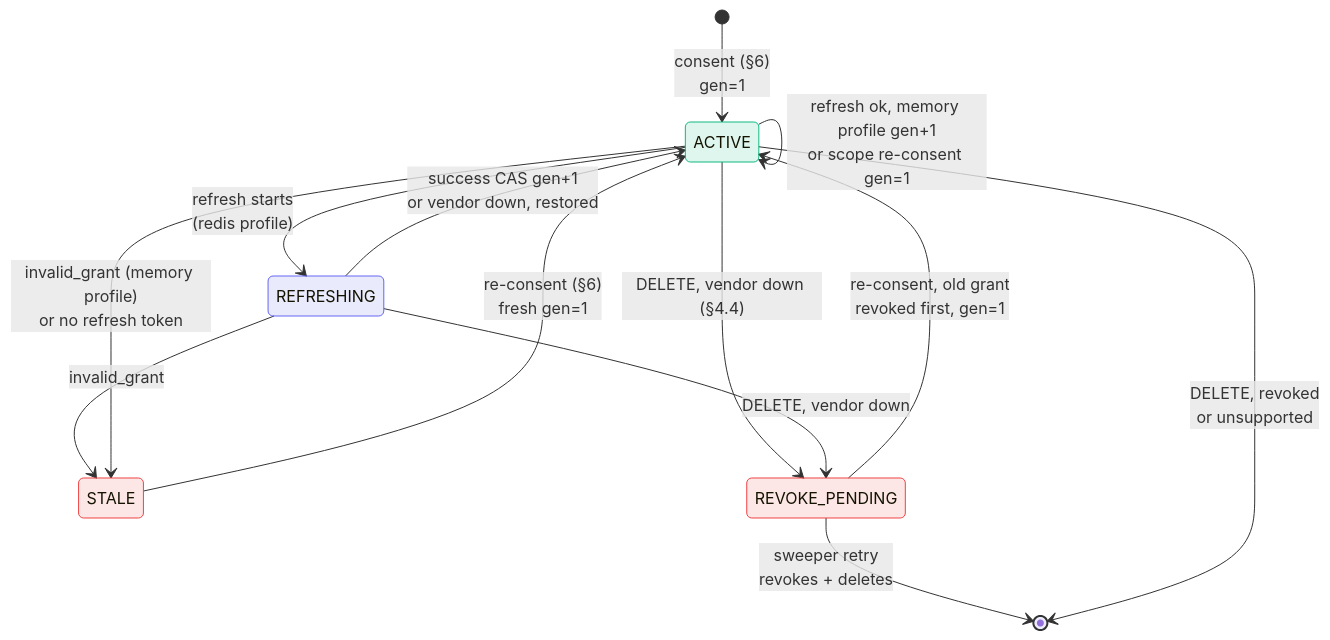
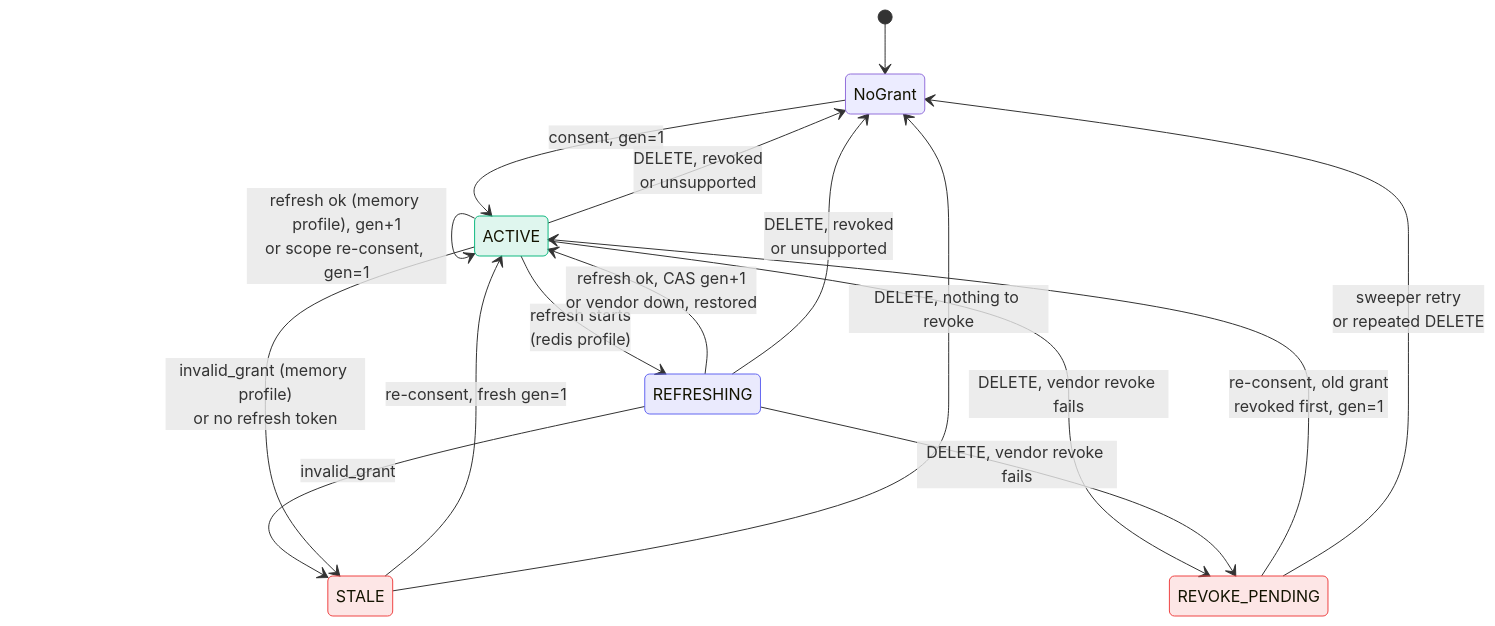
Before and after one commit to chief-builder/vendor-token-broker: the second of 4 diagrams in docs/design.md, drawn with Mermaid. The commit also changed other lines of this file and 15 other files, not shown here.

````diff
--- a/docs/design.md
+++ b/docs/design.md
@@ -602,23 +613,26 @@
 ```mermaid
 stateDiagram-v2
     classDef live fill:#10b98122,stroke:#10b981
     classDef transient fill:#6366f122,stroke:#6366f1
     classDef dead fill:#ef444422,stroke:#ef4444
 
-    [*] --> ACTIVE : consent (§6)<br/>gen=1
-    ACTIVE --> ACTIVE : refresh ok, memory profile gen+1<br/>or scope re-consent gen=1
+    [*] --> NoGrant
+    NoGrant --> ACTIVE : consent, gen=1
+    ACTIVE --> ACTIVE : refresh ok (memory profile), gen+1<br/>or scope re-consent, gen=1
     ACTIVE --> REFRESHING : refresh starts<br/>(redis profile)
-    REFRESHING --> ACTIVE : success CAS gen+1<br/>or vendor down, restored
+    REFRESHING --> ACTIVE : refresh ok, CAS gen+1<br/>or vendor down, restored
     REFRESHING --> STALE : invalid_grant
     ACTIVE --> STALE : invalid_grant (memory profile)<br/>or no refresh token
-    STALE --> ACTIVE : re-consent (§6)<br/>fresh gen=1
-    ACTIVE --> REVOKE_PENDING : DELETE, vendor down (§4.4)
-    REFRESHING --> REVOKE_PENDING : DELETE, vendor down
+    STALE --> ACTIVE : re-consent, fresh gen=1
+    ACTIVE --> REVOKE_PENDING : DELETE, vendor revoke fails
+    REFRESHING --> REVOKE_PENDING : DELETE, vendor revoke fails
     REVOKE_PENDING --> ACTIVE : re-consent, old grant<br/>revoked first, gen=1
-    REVOKE_PENDING --> [*] : sweeper retry<br/>revokes + deletes
-    ACTIVE --> [*] : DELETE, revoked<br/>or unsupported
+    ACTIVE --> NoGrant : DELETE, revoked<br/>or unsupported
+    REFRESHING --> NoGrant : DELETE, revoked<br/>or unsupported
+    STALE --> NoGrant : DELETE, nothing to revoke
+    REVOKE_PENDING --> NoGrant : sweeper retry<br/>or repeated DELETE
 
     class ACTIVE live
     class REFRESHING transient
     class STALE,REVOKE_PENDING dead
 ```
````
